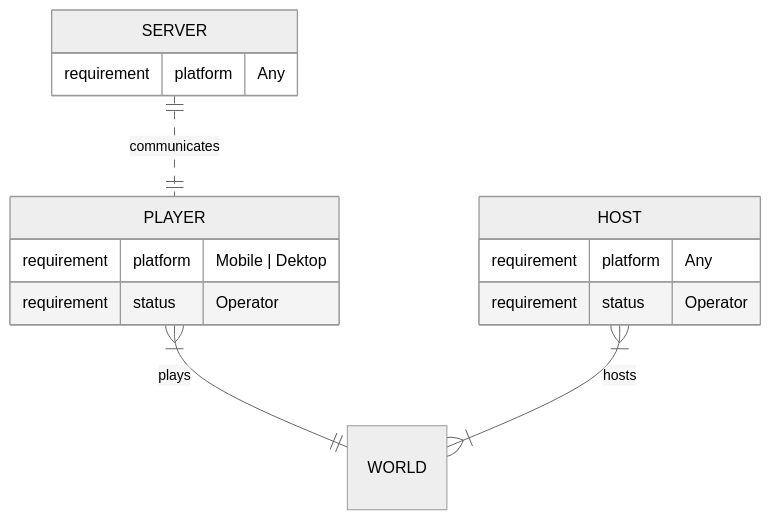
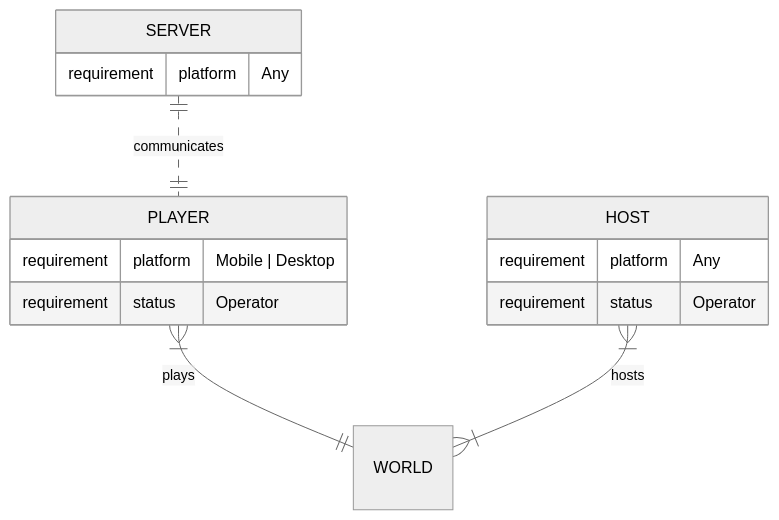
Before and after one commit to bedrock-ws/bedrockpy: the diagram in docs/foreword.md, drawn with Mermaid.

Commit message:
🔠 Fix typo

````diff
--- a/docs/foreword.md
+++ b/docs/foreword.md
@@ -73,21 +73,21 @@
 ```mermaid
 ---
 caption: Which entity uses which platform.
 ---
 %%{init: {'theme': 'neutral'}}%%
 erDiagram
     SERVER ||..|| PLAYER : communicates
     PLAYER }|--|| WORLD : plays
     HOST }|--|{ WORLD : hosts
     SERVER {
         requirement platform "Any"
     }
     PLAYER {
-        requirement platform "Mobile | Dektop"
+        requirement platform "Mobile | Desktop"
         requirement status "Operator"
     }
     HOST {
         requirement platform "Any"
         requirement status "Operator"
     }
 ```
````
